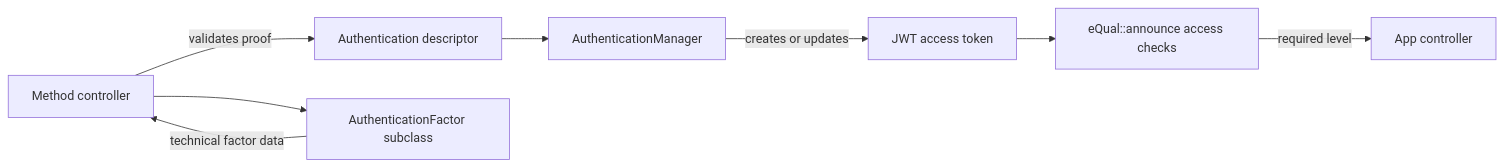
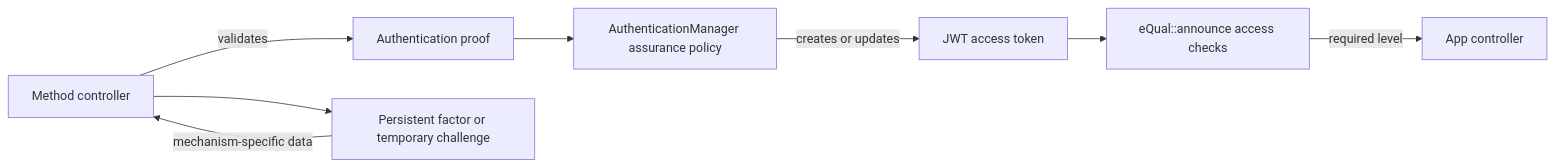
One commit to equalframework/equal changed the diagram in DOC/community/internal-architecture/authentication.md. Above: the diagram before and after it, drawn with Mermaid. The commit also changed other lines of this file and 36 other files, not shown here.

````diff
--- a/DOC/community/internal-architecture/authentication.md
+++ b/DOC/community/internal-architecture/authentication.md
@@ -28,10 +29,10 @@
 ```mermaid
 flowchart LR
-    A[Method controller] -->|validates proof| B[Authentication descriptor]
-    B --> C[AuthenticationManager]
+    A[Method controller] -->|validates| B[Authentication proof]
+    B --> C[AuthenticationManager assurance policy]
     C -->|creates or updates| D[JWT access token]
     D --> E[eQual::announce access checks]
     E -->|required level| F[App controller]
-    A --> G[AuthenticationFactor subclass]
-    G -->|technical factor data| A
+    A --> G[Persistent factor or temporary challenge]
+    G -->|mechanism-specific data| A
 ```
````
